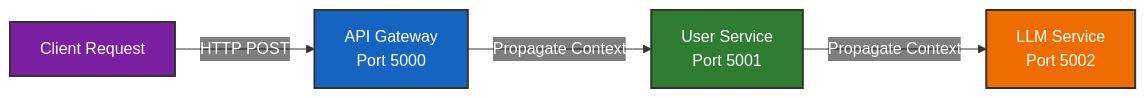
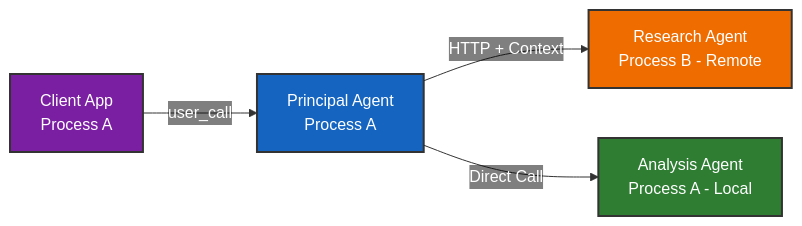
One commit to honeyhiveai/python-sdk changed the diagram in docs/tutorials/06-distributed-tracing.rst. Above: the diagram before and after it, drawn with Mermaid. The commit also changed other lines of this file, not shown here.

```diff
--- a/docs/tutorials/06-distributed-tracing.rst
+++ b/docs/tutorials/06-distributed-tracing.rst
@@ -15,22 +15,22 @@
 .. mermaid::
 
    %%{init: {'theme':'base', 'themeVariables': {'primaryColor': '#4F81BD', 'primaryTextColor': '#ffffff', 'primaryBorderColor': '#333333', 'lineColor': '#333333', 'mainBkg': 'transparent', 'secondBkg': 'transparent', 'tertiaryColor': 'transparent', 'clusterBkg': 'transparent', 'clusterBorder': '#333333', 'edgeLabelBackground': 'transparent', 'background': 'transparent'}, 'flowchart': {'linkColor': '#333333', 'linkWidth': 2}}}%%
    graph LR
-       Client[Client Request]
-       Gateway[API Gateway<br/>Port 5000]
-       UserSvc[User Service<br/>Port 5001]
-       LLMSvc[LLM Service<br/>Port 5002]
+       Client[Client App<br/>Process A]
+       Principal[Principal Agent<br/>Process A]
+       RemoteAgent[Research Agent<br/>Process B - Remote]
+       LocalAgent[Analysis Agent<br/>Process A - Local]
        
-       Client -->|HTTP POST| Gateway
-       Gateway -->|Propagate Context| UserSvc
-       UserSvc -->|Propagate Context| LLMSvc
+       Client -->|user_call| Principal
+       Principal -->|HTTP + Context| RemoteAgent
+       Principal -->|Direct Call| LocalAgent
        
        classDef client fill:#7b1fa2,stroke:#333333,stroke-width:2px,color:#ffffff
-       classDef gateway fill:#1565c0,stroke:#333333,stroke-width:2px,color:#ffffff
-       classDef service fill:#2e7d32,stroke:#333333,stroke-width:2px,color:#ffffff
-       classDef llm fill:#ef6c00,stroke:#333333,stroke-width:2px,color:#ffffff
+       classDef principal fill:#1565c0,stroke:#333333,stroke-width:2px,color:#ffffff
+       classDef remote fill:#ef6c00,stroke:#333333,stroke-width:2px,color:#ffffff
+       classDef local fill:#2e7d32,stroke:#333333,stroke-width:2px,color:#ffffff
        
        class Client client
-       class Gateway gateway
-       class UserSvc service
-       class LLMSvc llm
+       class Principal principal
+       class RemoteAgent remote
+       class LocalAgent local
```
